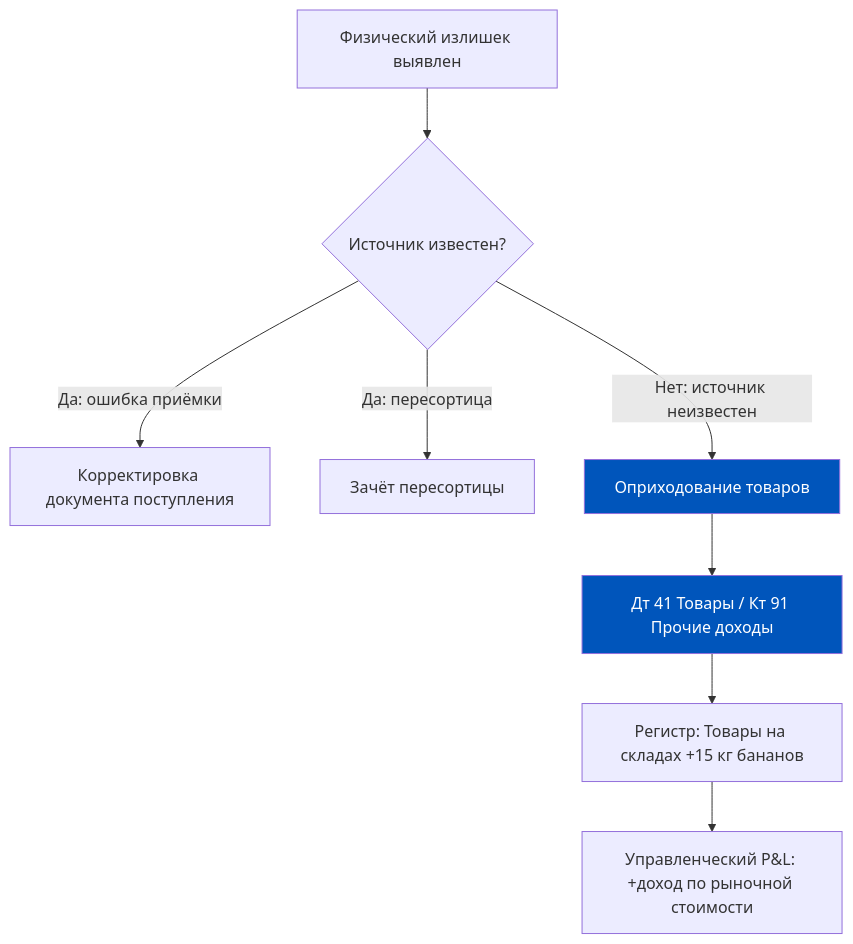
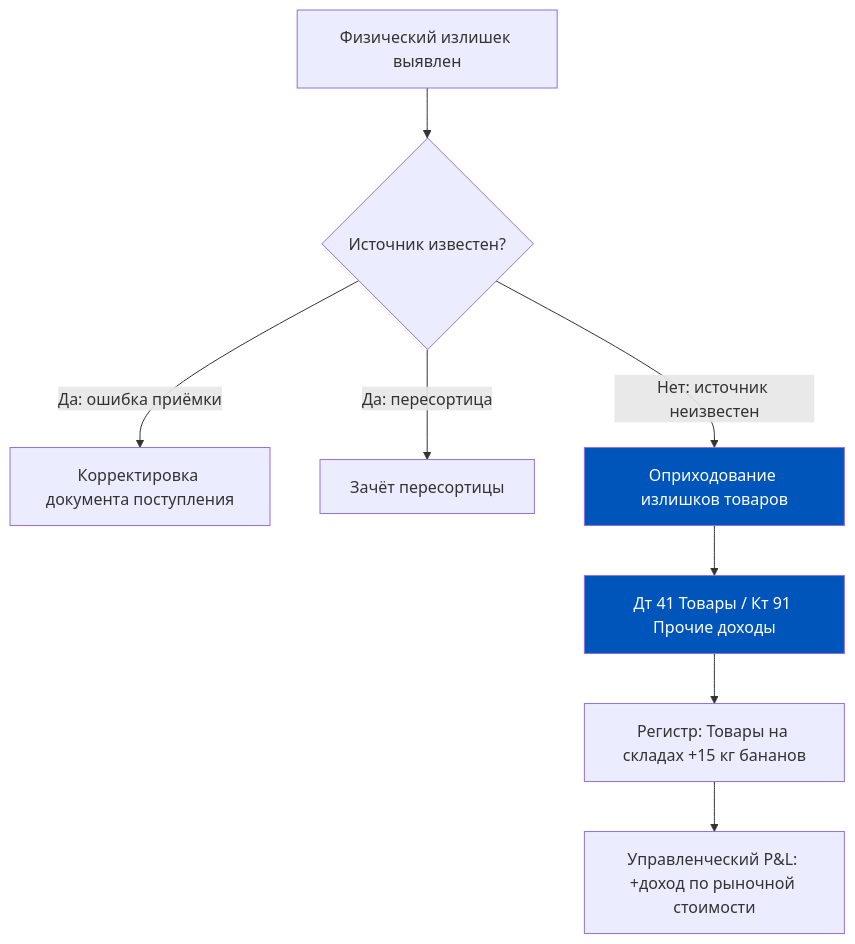
Before and after one commit to murad1986/edu-site: the first of 9 diagrams in content/1c_erp_qcom/week_5/Неделя 5 - День 4 - Оприходование и списание.md, drawn with Mermaid. The commit also changed other lines of this file and 43 other files, not shown here.

````diff
--- a/content/1c_erp_qcom/week_5/Неделя 5 - День 4 - Оприходование и списание.md
+++ b/content/1c_erp_qcom/week_5/Неделя 5 - День 4 - Оприходование и списание.md
@@ -65,13 +65,13 @@
 ```mermaid
 flowchart TD
     A[Физический излишек выявлен] --> B{Источник известен?}
     B -- "Да: ошибка приёмки" --> C[Корректировка документа поступления]
     B -- "Да: пересортица" --> D[Зачёт пересортицы]
-    B -- "Нет: источник неизвестен" --> E[Оприходование товаров]
+    B -- "Нет: источник неизвестен" --> E[Оприходование излишков товаров]
     E --> F[Дт 41 Товары / Кт 91 Прочие доходы]
     F --> G[Регистр: Товары на складах +15 кг бананов]
     G --> H[Управленческий P&L: +доход по рыночной стоимости]
 
     style E fill:#0055BB,color:#fff
     style F fill:#0055BB,color:#fff
 ```
````
